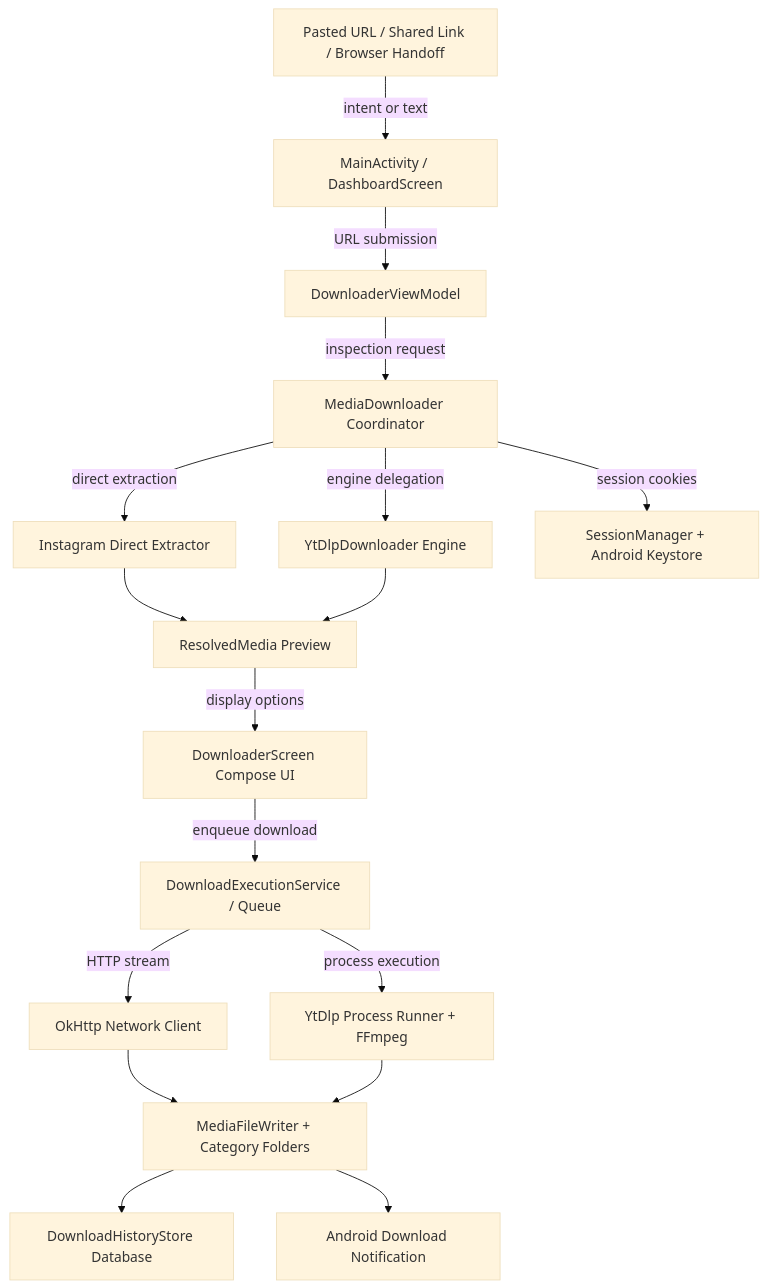
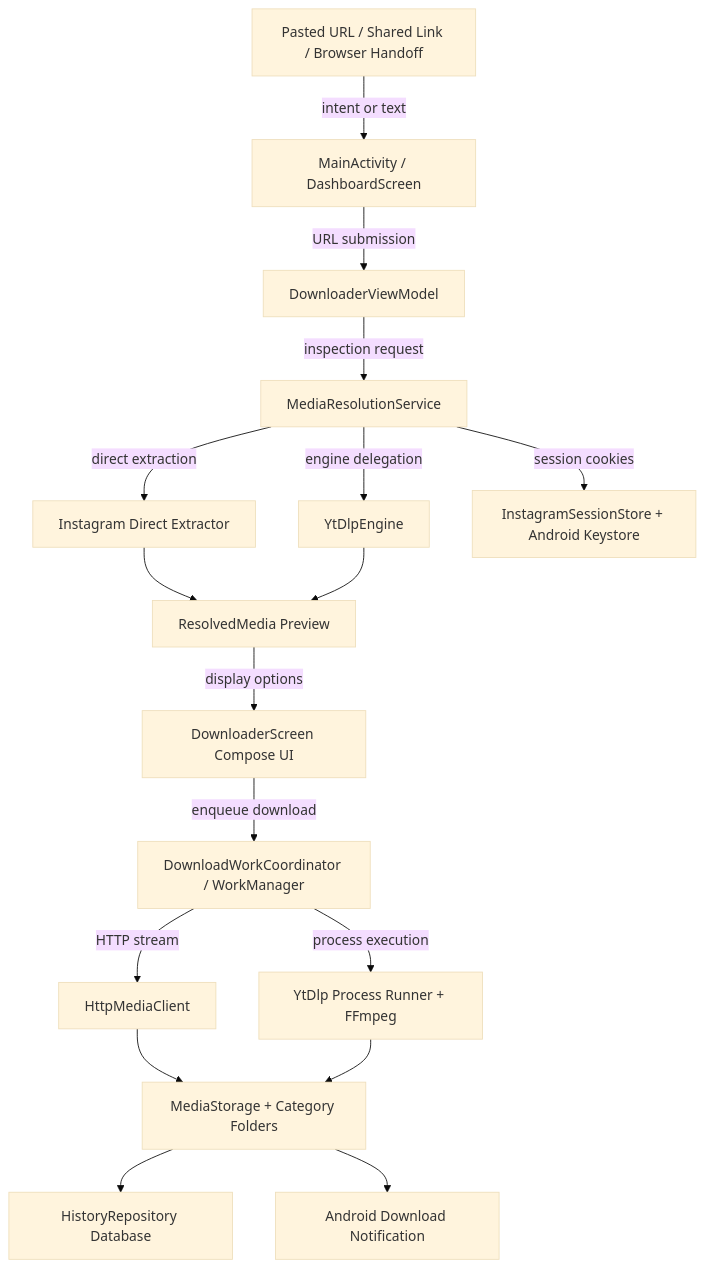
The diagram in DEVELOPMENT.md (qtremors/acqua), drawn with Mermaid (base theme) before and after one commit. The commit also changed other lines of this file and 298 other files, not shown here.

````diff
--- a/DEVELOPMENT.md
+++ b/DEVELOPMENT.md
@@ -43,19 +44,19 @@
 ```mermaid
 graph TD
     A["Pasted URL / Shared Link / Browser Handoff"] -->|intent or text| B["MainActivity / DashboardScreen"]
     B -->|URL submission| C["DownloaderViewModel"]
-    C -->|inspection request| D["MediaDownloader Coordinator"]
+    C -->|inspection request| D["MediaResolutionService"]
     D -->|direct extraction| E["Instagram Direct Extractor"]
-    D -->|engine delegation| F["YtDlpDownloader Engine"]
-    D -->|session cookies| G["SessionManager + Android Keystore"]
+    D -->|engine delegation| F["YtDlpEngine"]
+    D -->|session cookies| G["InstagramSessionStore + Android Keystore"]
     E --> H["ResolvedMedia Preview"]
     F --> H
     H -->|display options| I["DownloaderScreen Compose UI"]
-    I -->|enqueue download| J["DownloadExecutionService / Queue"]
-    J -->|HTTP stream| K["OkHttp Network Client"]
+    I -->|enqueue download| J["DownloadWorkCoordinator / WorkManager"]
+    J -->|HTTP stream| K["HttpMediaClient"]
     J -->|process execution| L["YtDlp Process Runner + FFmpeg"]
-    K --> M["MediaFileWriter + Category Folders"]
+    K --> M["MediaStorage + Category Folders"]
     L --> M
-    M --> N["DownloadHistoryStore Database"]
+    M --> N["HistoryRepository Database"]
     M --> O["Android Download Notification"]
 ```
````
